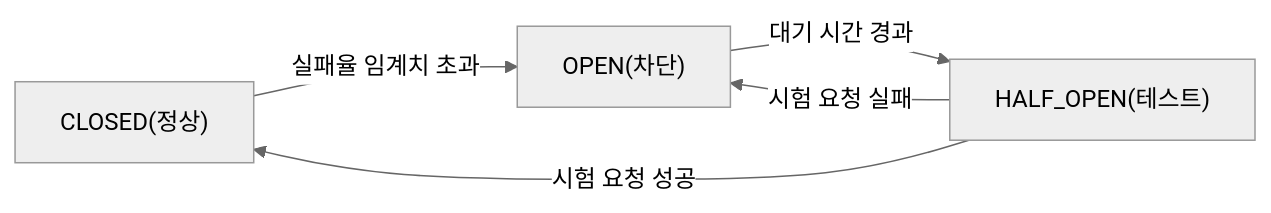
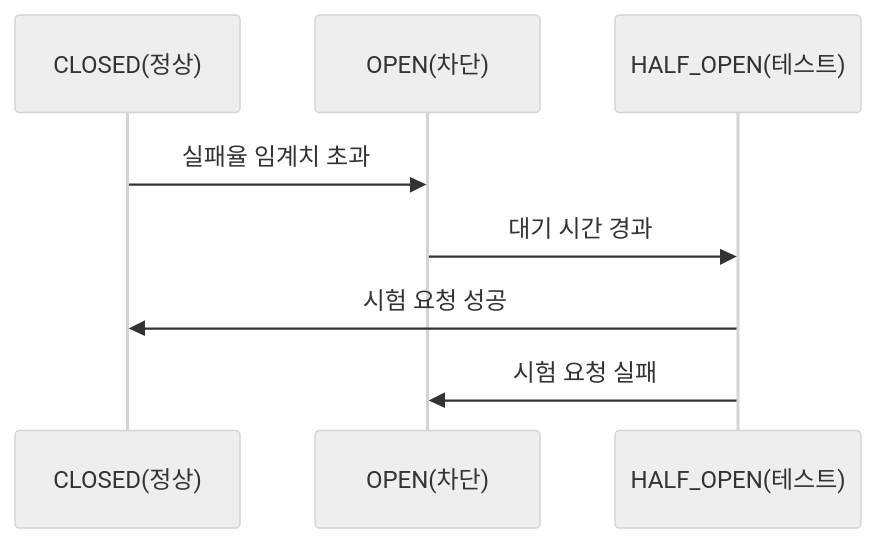
Before and after one commit to yjkim2015/yjkim2015.github.io: the first of 2 diagrams in _posts/spring/2026-05-01-spring-resilience.md, drawn with Mermaid (neutral theme). The commit also changed other lines of this file and 89 other files, not shown here.

First line of the commit message:
복잡한 flowchart 163개 → sequenceDiagram 변환 (90파일)

````diff
--- a/_posts/spring/2026-05-01-spring-resilience.md
+++ b/_posts/spring/2026-05-01-spring-resilience.md
@@ -48,10 +48,7 @@
 ```mermaid
-graph LR
-    CLOSED["CLOSED(정상)"]
-    OPEN["OPEN(차단)"]
-    HALF_OPEN["HALF_OPEN(테스트)"]
-    CLOSED -->|"실패율 임계치 초과"| OPEN
-    OPEN -->|"대기 시간 경과"| HALF_OPEN
-    HALF_OPEN -->|"시험 요청 성공"| CLOSED
-    HALF_OPEN -->|"시험 요청 실패"| OPEN
+sequenceDiagram
+    CLOSED(정상)->>OPEN(차단): 실패율 임계치 초과
+    OPEN(차단)->>HALF_OPEN(테스트): 대기 시간 경과
+    HALF_OPEN(테스트)->>CLOSED(정상): 시험 요청 성공
+    HALF_OPEN(테스트)->>OPEN(차단): 시험 요청 실패
 ```
````
